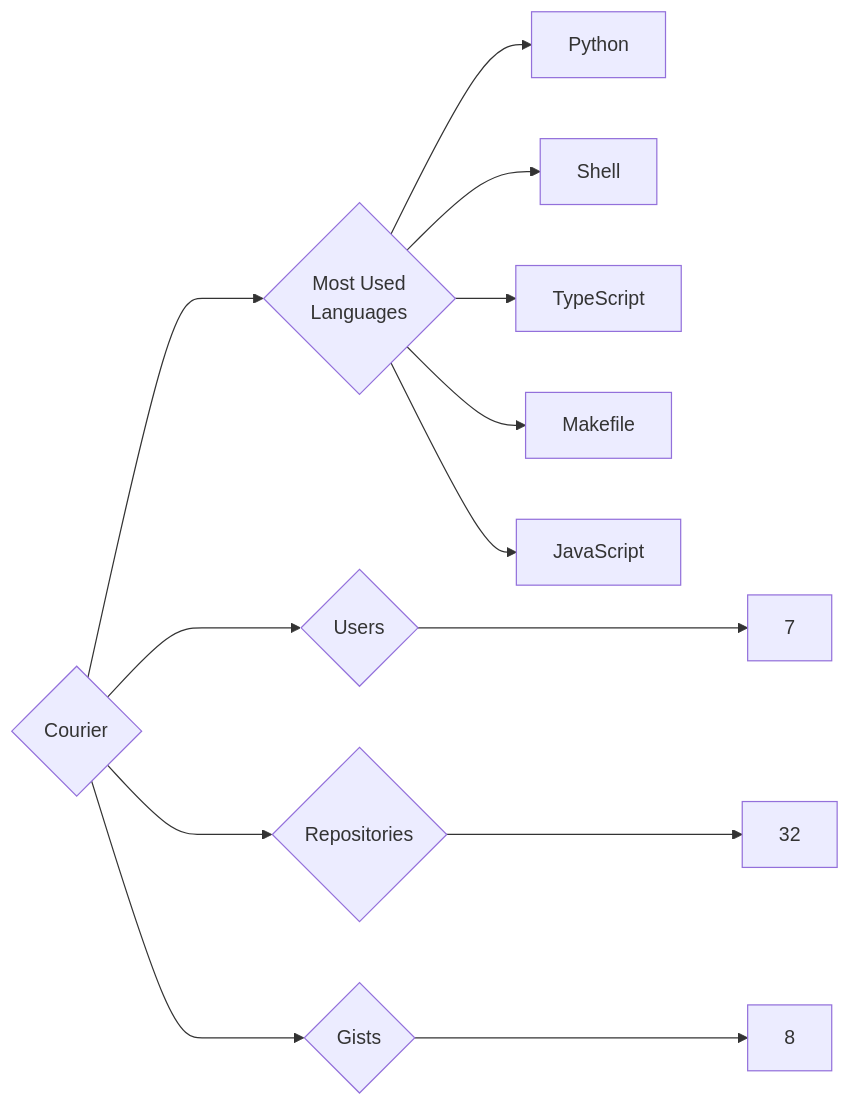
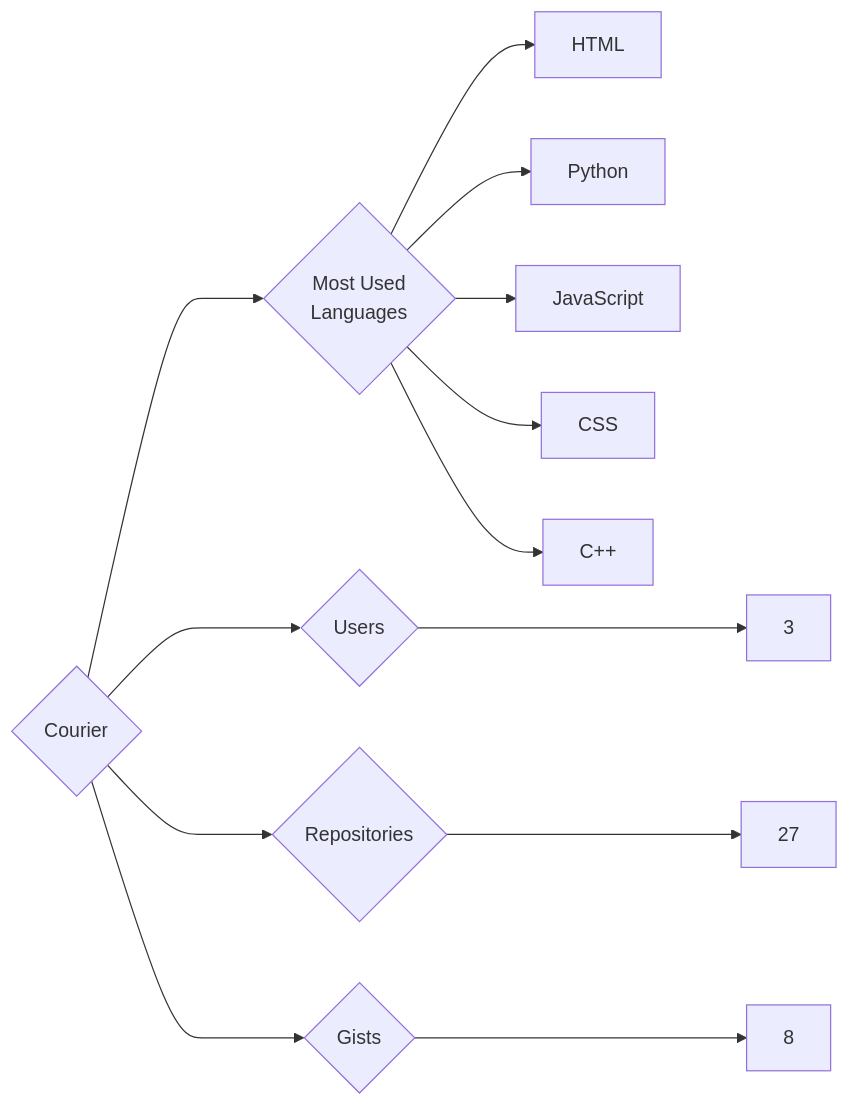
The diagram in targets/Courier/README.md (trickest/insiders), drawn with Mermaid before and after one commit. The commit also changed 1170 other files, not shown here.

````diff
--- a/targets/Courier/README.md
+++ b/targets/Courier/README.md
@@ -3,13 +3,13 @@
 ```mermaid
 graph LR
 COMPANY_NAME{Courier}
-COMPANY_NAME ---> U{Users} ---> UN[7]
-COMPANY_NAME ---> R{Repositories} ---> RN[32]
+COMPANY_NAME ---> U{Users} ---> UN[3]
+COMPANY_NAME ---> R{Repositories} ---> RN[27]
 COMPANY_NAME ---> G{Gists} ---> GN[8]
 COMPANY_NAME ---> ML{Most Used<br>Languages}
+ML --> HTML[HTML]
 ML --> Python[Python]
-ML --> Shell[Shell]
-ML --> TypeScript[TypeScript]
-ML --> Makefile[Makefile]
 ML --> JavaScript[JavaScript]
+ML --> CSS[CSS]
+ML --> C++[C++]
 ```
````
